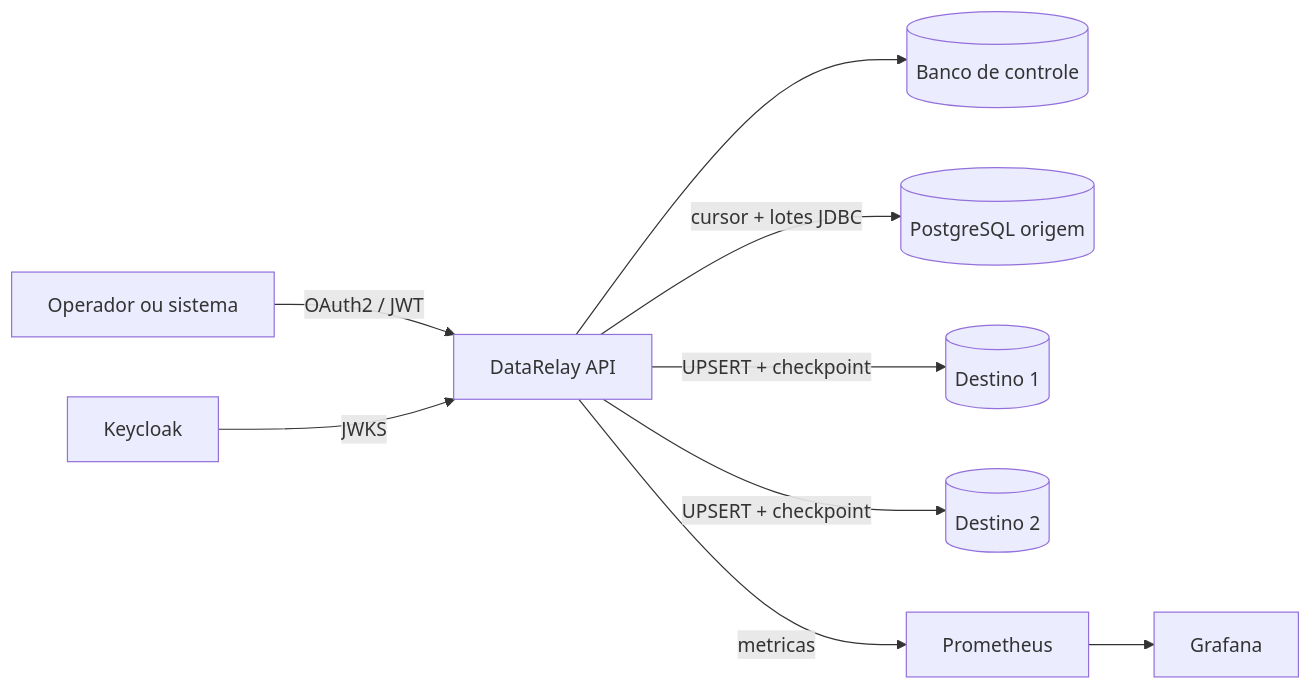
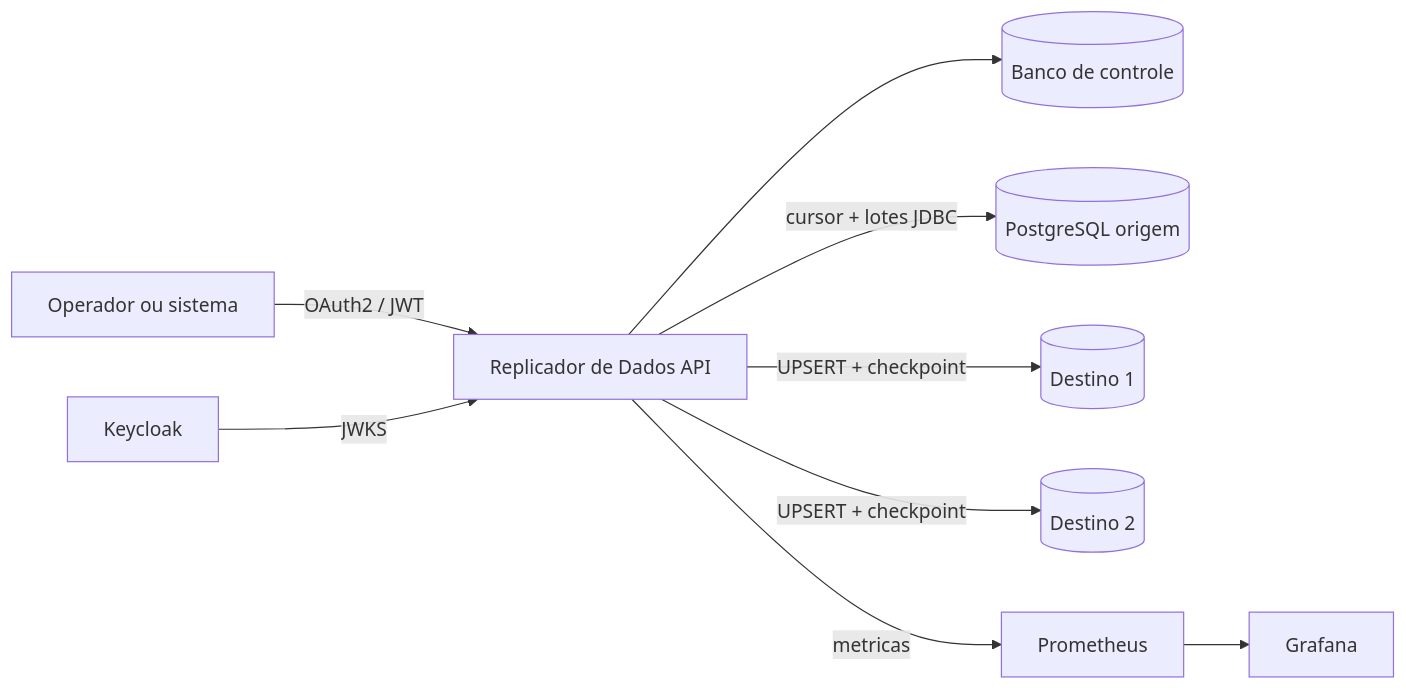
The diagram in README.md (Mateusmith/datarelay), drawn with Mermaid before and after one commit. The commit also changed other lines of this file and 15 other files, not shown here.

Commit message:
chore: adota identidade Replicador de Dados

````diff
--- a/README.md
+++ b/README.md
@@ -31,11 +33,11 @@
 ```mermaid
 flowchart LR
-    U["Operador ou sistema"] -->|"OAuth2 / JWT"| API["DataRelay API"]
+    U["Operador ou sistema"] -->|"OAuth2 / JWT"| API["Replicador de Dados API"]
     API --> C[("Banco de controle")]
     API -->|"cursor + lotes JDBC"| O[("PostgreSQL origem")]
     API -->|"UPSERT + checkpoint"| D1[("Destino 1")]
     API -->|"UPSERT + checkpoint"| D2[("Destino 2")]
     K["Keycloak"] -->|"JWKS"| API
     API -->|"metricas"| P["Prometheus"]
     P --> G["Grafana"]
 ```
````
